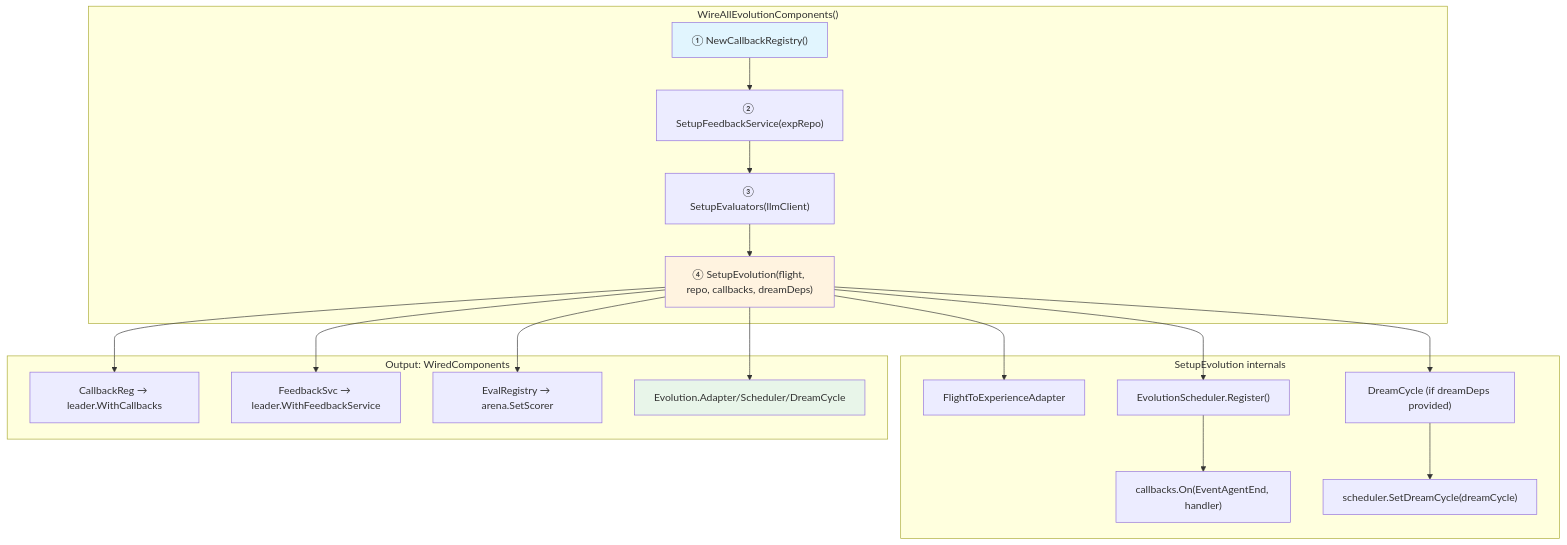
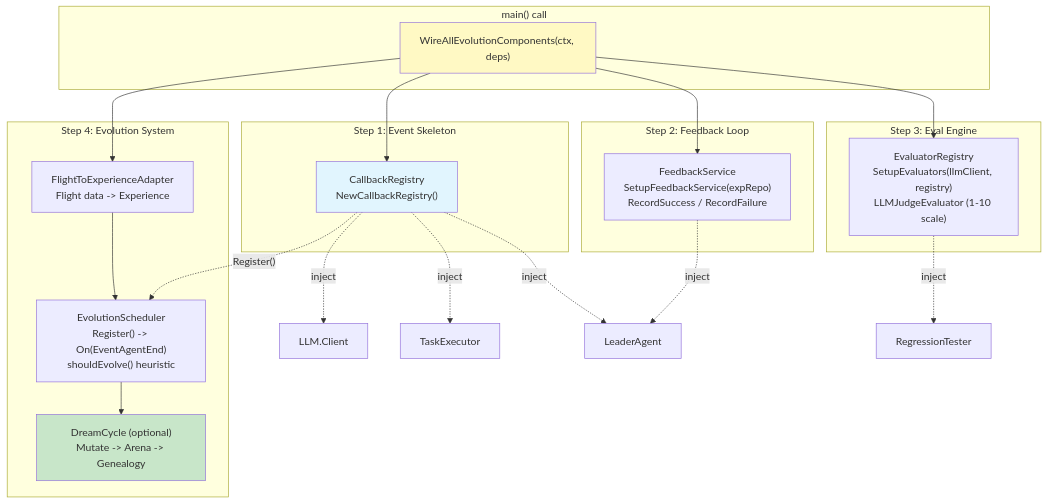
The third of 3 diagrams in docs/articles/en/autonomous-evolution-deep-dive.md (Timwood0x10/ARES), drawn with Mermaid before and after one commit. The commit also changed other lines of this file and 22 other files, not shown here.

Commit message:
feat(evolution): add full genetic algorithm evolution system

````diff
--- a/docs/articles/en/autonomous-evolution-deep-dive.md
+++ b/docs/articles/en/autonomous-evolution-deep-dive.md
@@ -609,32 +633,42 @@
 ```mermaid
 graph TB
-    subgraph "WireAllEvolutionComponents()"
-        A["① NewCallbackRegistry()"] --> B["② SetupFeedbackService(expRepo)"]
-        B --> C["③ SetupEvaluators(llmClient)"]
-        C --> D["④ SetupEvolution(flight, repo, callbacks, dreamDeps)"]
+    subgraph "main() call"
+        MAIN["WireAllEvolutionComponents(ctx, deps)"]
     end
 
-    subgraph "SetupEvolution internals"
-        D --> D1["FlightToExperienceAdapter"]
-        D --> D2["EvolutionScheduler.Register()"]
-        D2 --> D2a["callbacks.On(EventAgentEnd, handler)"]
-        D --> D3["DreamCycle (if dreamDeps provided)"]
-        D3 --> D3a["scheduler.SetDreamCycle(dreamCycle)"]
+    subgraph "Step 1: Event Skeleton"
+        CR["CallbackRegistry<br/>NewCallbackRegistry()"]
     end
 
-    subgraph "Output: WiredComponents"
-        W1[CallbackReg → leader.WithCallbacks]
-        W2[FeedbackSvc → leader.WithFeedbackService]
-        W3[EvalRegistry → arena.SetScorer]
-        W4[Evolution.Adapter/Scheduler/DreamCycle]
+    subgraph "Step 2: Feedback Loop"
+        FS["FeedbackService<br/>SetupFeedbackService(expRepo)<br/>RecordSuccess / RecordFailure"]
     end
 
-    D --> W1
-    D --> W2
-    D --> W3
-    D --> W4
+    subgraph "Step 3: Eval Engine"
+        ER["EvaluatorRegistry<br/>SetupEvaluators(llmClient, registry)<br/>LLMJudgeEvaluator (1-10 scale)"]
+    end
 
-    style A fill:#e1f5fe
-    style D fill:#fff3e0
-    style W4 fill:#e8f5e9
+    subgraph "Step 4: Evolution System"
+        ADAPTER["FlightToExperienceAdapter<br/>Flight data -> Experience"]
+        SCHEDULER["EvolutionScheduler<br/>Register() -> On(EventAgentEnd)<br/>shouldEvolve() heuristic"]
+        DREAM["DreamCycle (optional)<br/>Mutate -> Arena -> Genealogy"]
+        ADAPTER --> SCHEDULER
+        SCHEDULER --> DREAM
+    end
+
+    MAIN --> CR
+    MAIN --> FS
+    MAIN --> ER
+    MAIN --> ADAPTER
+
+    CR -.-> |"inject"| AGENT1["LLM.Client"]
+    CR -.-> |"inject"| AGENT2["TaskExecutor"]
+    CR -.-> |"inject"| AGENT3["LeaderAgent"]
+    CR -.-> |"Register()"| SCHEDULER
+    FS -.-> |"inject"| AGENT3
+    ER -.-> |"inject"| ARENA["RegressionTester"]
+
+    style MAIN fill:#fff9c4
+    style CR fill:#e1f5fe
+    style DREAM fill:#c8e6c9
 ```
````
